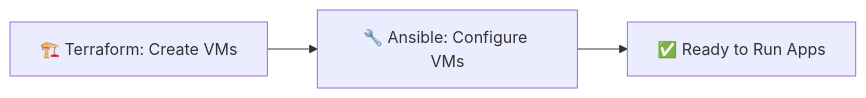
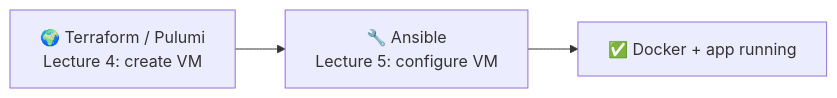
One commit to inno-devops-labs/DevOps-Core-Course changed the first of 8 diagrams in lectures/lec5.md. Above: the diagram before and after it, drawn with Mermaid. The commit also changed other lines of this file and 24 other files, not shown here.

````diff
--- a/lectures/lec5.md
+++ b/lectures/lec5.md
@@ -10,5 +9,5 @@
 ```mermaid
 flowchart LR
-  Provision[🏗️ Terraform: Create VMs] --> Configure[🔧 Ansible: Configure VMs]
-  Configure --> Ready[✅ Ready to Run Apps]
+  TF[🌍 Terraform / Pulumi<br/>Lecture 4: create VM] --> Ansible[🔧 Ansible<br/>Lecture 5: configure VM]
+  Ansible --> Ready[✅ Docker + app running]
 ```
````
